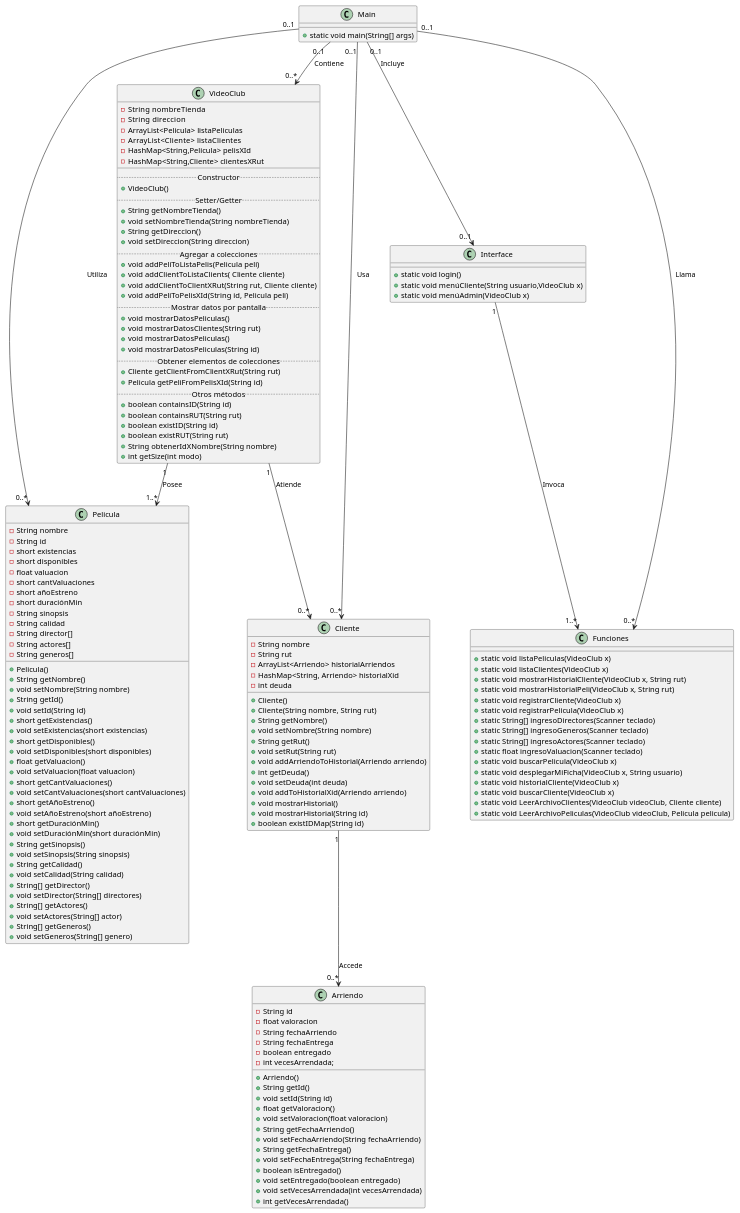
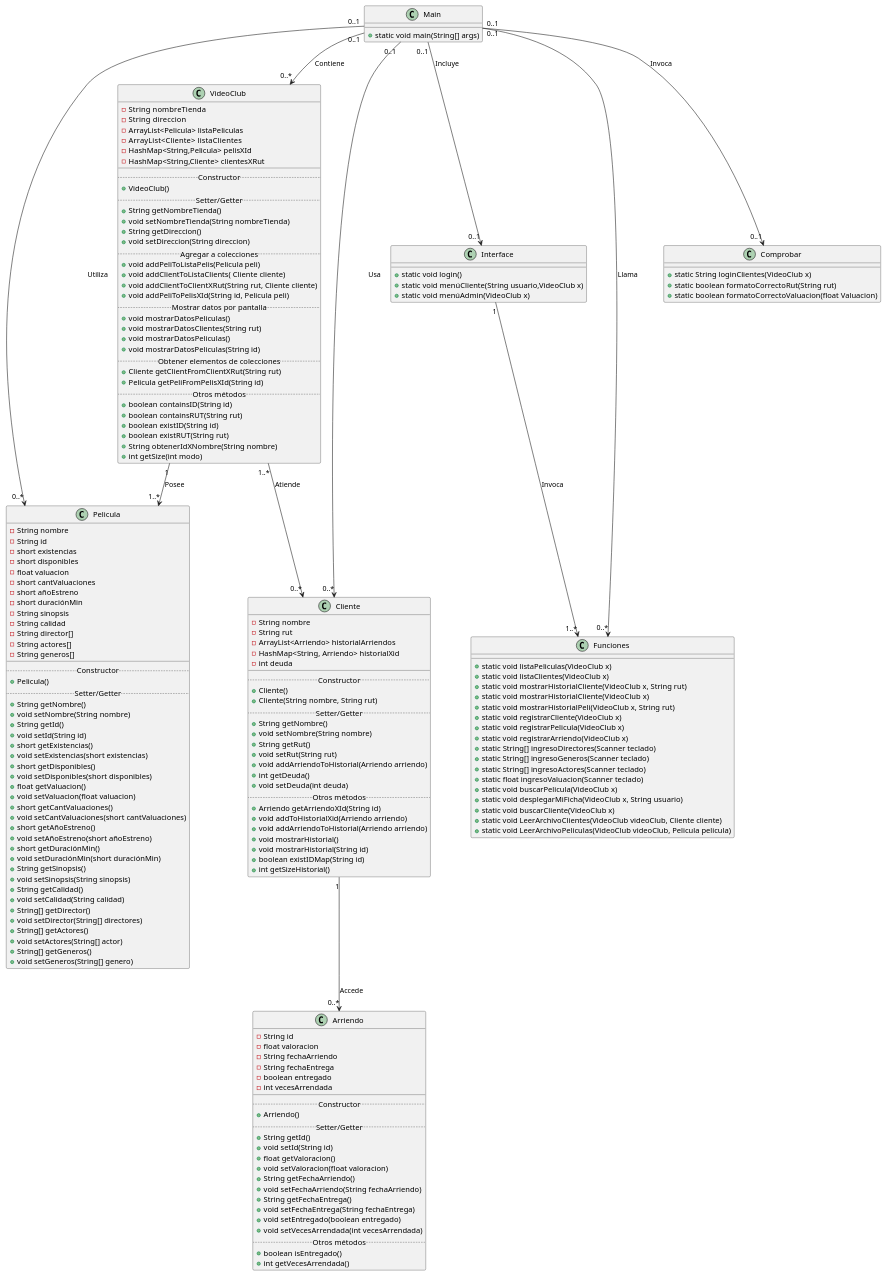
The diagram in Videoclub/src/main/java/Test UML.puml (luis922/Proyecto-POO-2S-2021), drawn with PlantUML before and after one commit.

Commit message:
Update Test UML.puml

```diff
--- a/Videoclub/src/main/java/Test UML.puml
+++ b/Videoclub/src/main/java/Test UML.puml
@@ -1,168 +1,189 @@
 @startuml
 skinparam sequenceMessageAlign center
 Main "0..1" --> "0..*" VideoClub : Contiene
 Main "0..1" --> "0..*" Pelicula: Utiliza
 Main "0..1" --> "0..*" Cliente: Usa
 Main "0..1" --> "0..1" Interface: Incluye
 Main "0..1" --> "0..*" Funciones: Llama
+Main "0..1" --> "0..1" Comprobar: Invoca
 
-VideoClub "1" --> "0..*"  Cliente: Atiende
+VideoClub "1..*" --> "0..*"  Cliente: Atiende
 VideoClub "1" --> "1..*"  Pelicula:  Posee
 Cliente "1" --> "0..*" Arriendo: Accede
 Interface "1" --> "1..*" Funciones: Invoca
 
 class VideoClub{
     -String  nombreTienda
     -String  direccion
     -ArrayList<Pelicula> listaPeliculas
     -ArrayList<Cliente>   listaClientes
     -HashMap<String,Pelicula> pelisXId
     -HashMap<String,Cliente> clientesXRut
     __
     .. Constructor ..
     +VideoClub()
     .. Setter/Getter..
     +String getNombreTienda()
     +void setNombreTienda(String nombreTienda)
     +String getDireccion()
     +void setDireccion(String direccion)
     .. Agregar a colecciones ..
     +void addPeliToListaPelis(Pelicula peli)
     +void addClientToListaClients( Cliente cliente)
     +void addClientToClientXRut(String rut, Cliente cliente)
     +void addPeliToPelisXId(String id, Pelicula peli)
     .. Mostrar datos por pantalla..
     +void mostrarDatosPeliculas()
     +void mostrarDatosClientes(String rut)
     +void mostrarDatosPeliculas()
     +void mostrarDatosPeliculas(String id)
     .. Obtener elementos de colecciones..
     +Cliente getClientFromClientXRut(String rut)
     +Pelicula getPeliFromPelisXId(String id)
     .. Otros métodos ..
     +boolean containsID(String id)
     +boolean containsRUT(String rut)
     +boolean existID(String id)
     +boolean existRUT(String rut)
     +String obtenerIdXNombre(String nombre)
     +int getSize(int modo)
 }
 
 class Cliente{
     -String nombre
     -String rut
     -ArrayList<Arriendo> historialArriendos
     -HashMap<String, Arriendo> historialXid
     -int deuda
-
+    __
+    ..Constructor..
     +Cliente()
     +Cliente(String nombre, String rut)
+    ..Setter/Getter..
     +String getNombre()
     +void setNombre(String nombre)
     +String getRut()
     +void setRut(String rut)
     +void addArriendoToHistorial(Arriendo arriendo)
     +int getDeuda()
     +void setDeuda(int deuda)
+    ..Otros métodos..
+    +Arriendo getArriendoXId(String id)
     +void addToHistorialXid(Arriendo arriendo)
+    +void addArriendoToHistorial(Arriendo arriendo)
     +void mostrarHistorial()
     +void mostrarHistorial(String id)
     +boolean existIDMap(String id)
+    +int getSizeHistorial()
 }
 
 class Pelicula{
     -String nombre
     -String id
     -short existencias
     -short disponibles
     -float valuacion
     -short cantValuaciones
     -short añoEstreno
     -short duraciónMin
     -String sinopsis
     -String calidad
     -String director[]
     -String actores[]
     -String generos[]
-
+    __
+    ..Constructor..
     +Pelicula()
+    ..Setter/Getter..
     +String getNombre()
     +void setNombre(String nombre)
     +String getId()
     +void setId(String id)
     +short getExistencias()
     +void setExistencias(short existencias)
     +short getDisponibles()
     +void setDisponibles(short disponibles)
     +float getValuacion()
     +void setValuacion(float valuacion)
     +short getCantValuaciones()
     +void setCantValuaciones(short cantValuaciones)
     +short getAñoEstreno()
     +void setAñoEstreno(short añoEstreno)
     +short getDuraciónMin()
     +void setDuraciónMin(short duraciónMin)
     +String getSinopsis()
     +void setSinopsis(String sinopsis)
     +String getCalidad()
     +void setCalidad(String calidad)
     +String[] getDirector()
     +void setDirector(String[] directores)
     +String[] getActores()
     +void setActores(String[] actor)
     +String[] getGeneros()
     +void setGeneros(String[] genero)
 }
 
 class Arriendo{
     -String id
     -float valoracion
     -String fechaArriendo
     -String fechaEntrega
     -boolean entregado
-    - int vecesArrendada;
-
+    - int vecesArrendada
+    __
+    ..Constructor..
     +Arriendo()
+    ..Setter/Getter..
     +String getId()
     +void setId(String id)
     +float getValoracion()
     +void setValoracion(float valoracion)
     +String getFechaArriendo()
     +void setFechaArriendo(String fechaArriendo)
     +String getFechaEntrega()
     +void setFechaEntrega(String fechaEntrega)
-    +boolean isEntregado()
     +void setEntregado(boolean entregado)
     +void setVecesArrendada(int vecesArrendada)
+    ..Otros métodos..
+    +boolean isEntregado()
     +int getVecesArrendada()
 }
 
 class Main{
     +static void main(String[] args)
 }
 
 class Interface{
     +static void login()
     +static void menúCliente(String usuario,VideoClub x)
     +static void menúAdmin(VideoClub x)
 }
 
 class Funciones{
     + static void listaPeliculas(VideoClub x)
     + static void listaClientes(VideoClub x)
     + static void mostrarHistorialCliente(VideoClub x, String rut)
+    + static void mostrarHistorialCliente(VideoClub x)
     + static void mostrarHistorialPeli(VideoClub x, String rut)
     + static void registrarCliente(VideoClub x)
     + static void registrarPelicula(VideoClub x)
+    + static void registrarArriendo(VideoClub x)
     + static String[] ingresoDirectores(Scanner teclado)
     + static String[] ingresoGeneros(Scanner teclado)
     + static String[] ingresoActores(Scanner teclado)
     + static float ingresoValuacion(Scanner teclado)
     + static void buscarPelicula(VideoClub x)
     + static void desplegarMiFicha(VideoClub x, String usuario)
-    + static void historialCliente(VideoClub x)
     + static void buscarCliente(VideoClub x)
     + static void LeerArchivoClientes(VideoClub videoClub, Cliente cliente)
     + static void LeerArchivoPeliculas(VideoClub videoClub, Pelicula pelicula)
 }
+
+class Comprobar{
+
+    +static String loginClientes(VideoClub x)
+    +static boolean formatoCorrectoRut(String rut)
+    +static boolean formatoCorrectoValuacion(float Valuacion)
+
+}
 @enduml
```
